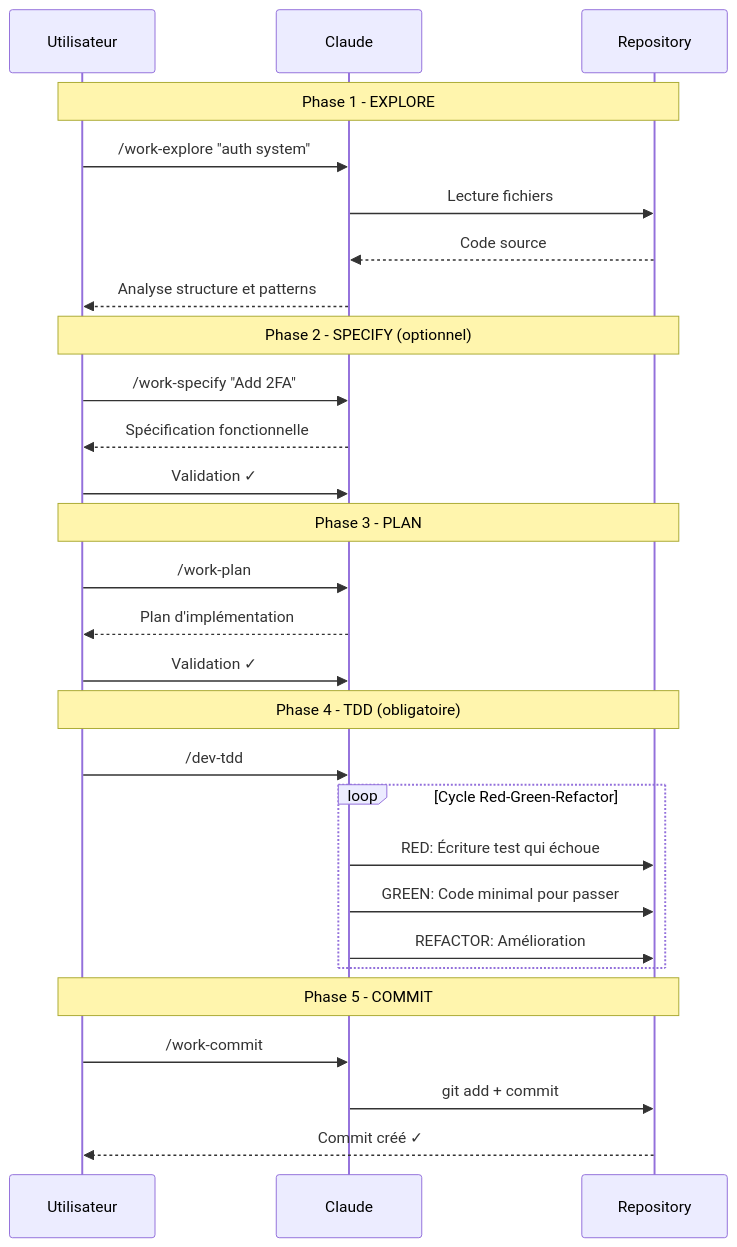
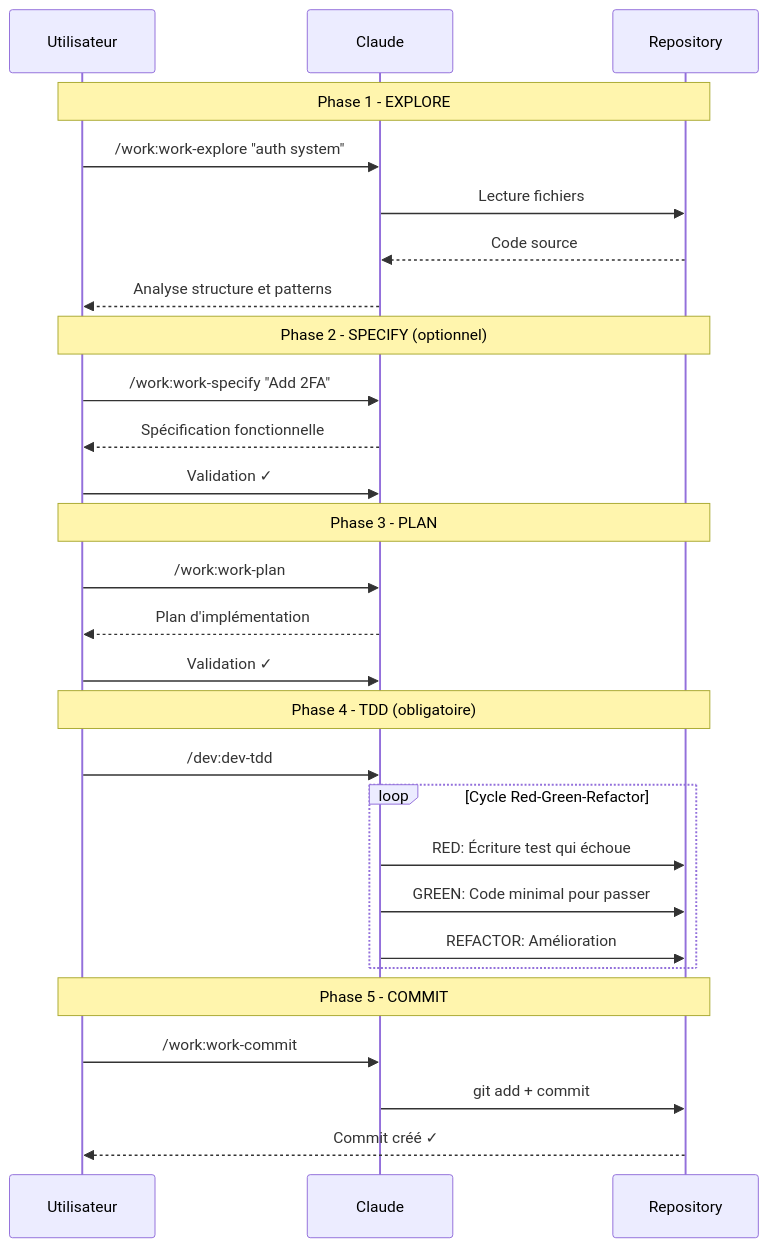
The diagram in website/docs/workflow/explore-plan-code-commit.md (christopherlouet/claude-base), drawn with Mermaid before and after one commit. The commit also changed other lines of this file and 318 other files, not shown here.

````diff
--- a/website/docs/workflow/explore-plan-code-commit.md
+++ b/website/docs/workflow/explore-plan-code-commit.md
@@ -17,35 +17,35 @@
 ```mermaid
 sequenceDiagram
     participant U as Utilisateur
     participant C as Claude
     participant R as Repository
 
     Note over U,R: Phase 1 - EXPLORE
-    U->>C: /work-explore "auth system"
+    U->>C: /work:work-explore "auth system"
     C->>R: Lecture fichiers
     R-->>C: Code source
     C-->>U: Analyse structure et patterns
 
     Note over U,R: Phase 2 - SPECIFY (optionnel)
-    U->>C: /work-specify "Add 2FA"
+    U->>C: /work:work-specify "Add 2FA"
     C-->>U: Spécification fonctionnelle
     U->>C: Validation ✓
 
     Note over U,R: Phase 3 - PLAN
-    U->>C: /work-plan
+    U->>C: /work:work-plan
     C-->>U: Plan d'implémentation
     U->>C: Validation ✓
 
     Note over U,R: Phase 4 - TDD (obligatoire)
-    U->>C: /dev-tdd
+    U->>C: /dev:dev-tdd
     loop Cycle Red-Green-Refactor
         C->>R: RED: Écriture test qui échoue
         C->>R: GREEN: Code minimal pour passer
         C->>R: REFACTOR: Amélioration
     end
 
     Note over U,R: Phase 5 - COMMIT
-    U->>C: /work-commit
+    U->>C: /work:work-commit
     C->>R: git add + commit
     R-->>U: Commit créé ✓
 ```
````
